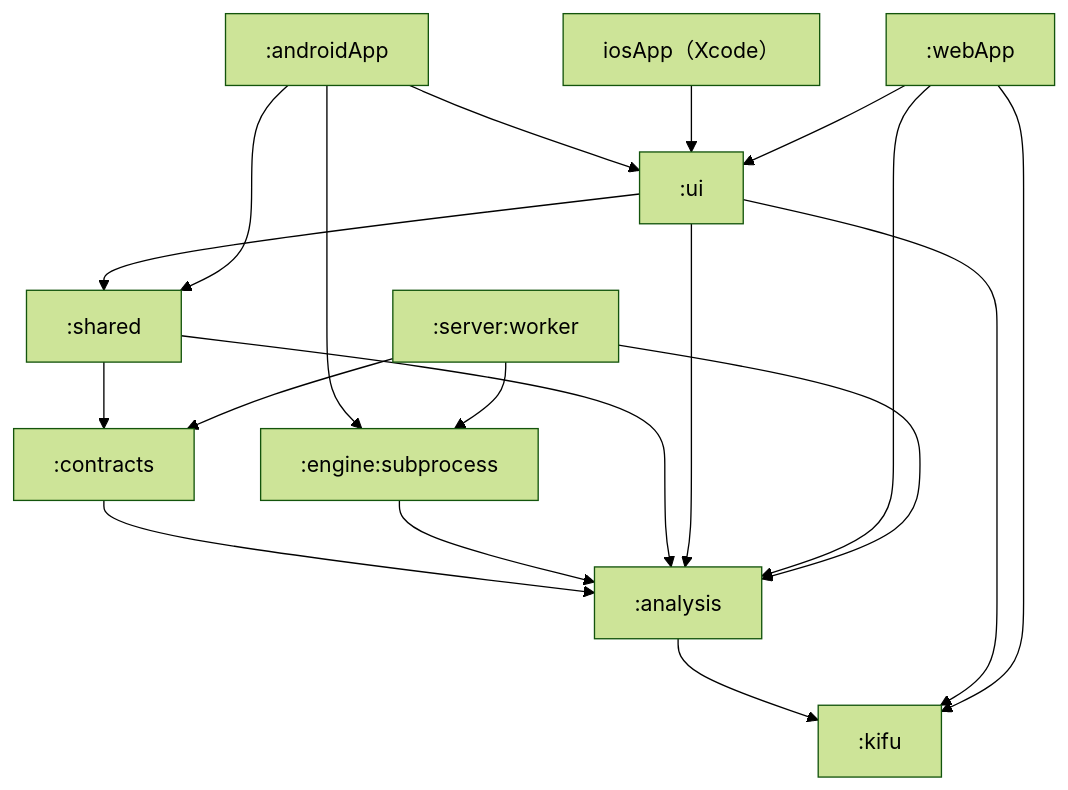
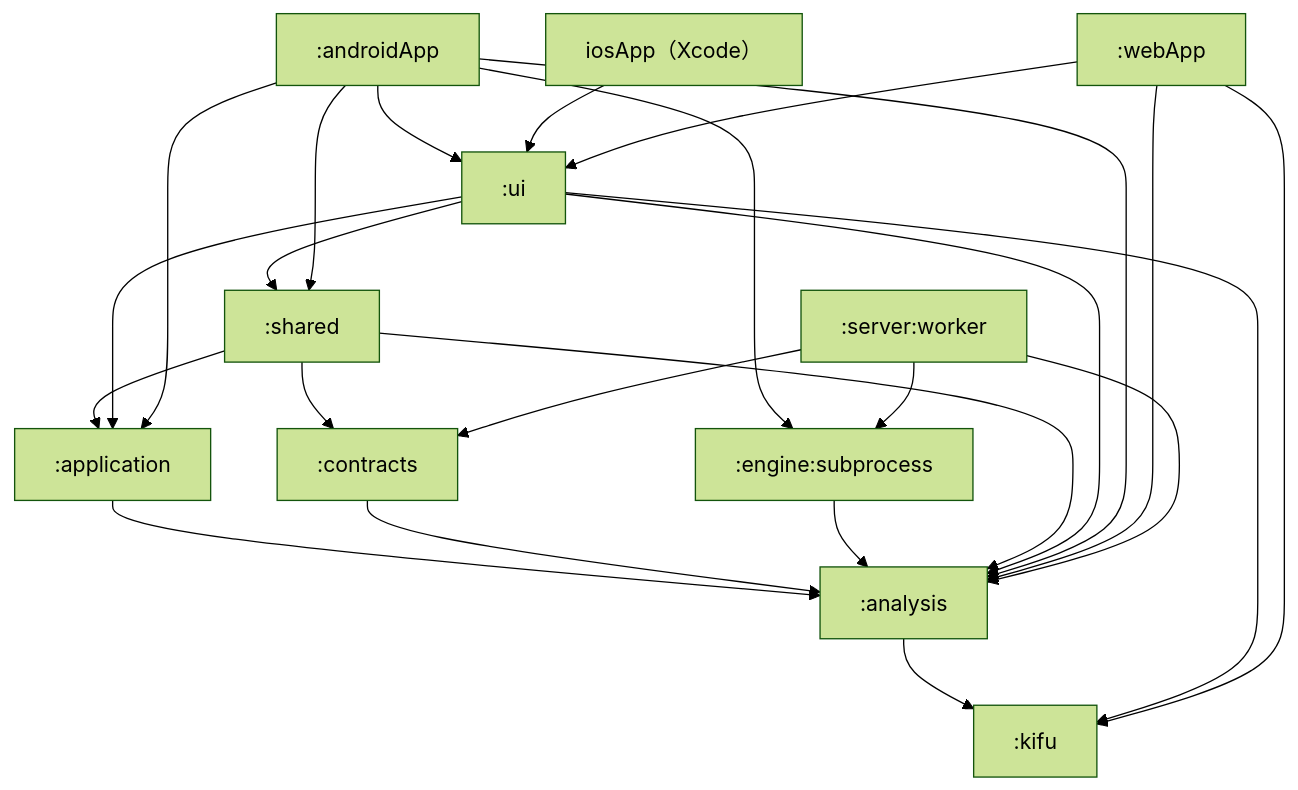
One commit to hmiyado/shogi-supplement changed the first of 2 diagrams in docs/app-architecture.md. Above: the diagram before and after it, drawn with Mermaid (forest theme). The commit also changed other lines of this file and 19 other files, not shown here.

````diff
--- a/docs/app-architecture.md
+++ b/docs/app-architecture.md
@@ -9,32 +9,38 @@
 ```mermaid
 flowchart TD
     kifu[":kifu"]
     analysis[":analysis"]
+    application[":application"]
     contracts[":contracts"]
     subprocess[":engine:subprocess"]
     shared[":shared"]
     ui[":ui"]
     android[":androidApp"]
     ios["iosApp（Xcode）"]
     web[":webApp"]
     worker[":server:worker"]
 
     analysis --> kifu
+    application --> analysis
     contracts --> analysis
     subprocess --> analysis
     shared --> analysis
+    shared --> application
     shared --> contracts
     ui --> analysis
+    ui --> application
     ui --> kifu
     ui --> shared
     android --> ui
+    android --> analysis
+    android --> application
     android --> shared
     android --> subprocess
     ios --> ui
     web --> ui
     web --> analysis
     web --> kifu
     worker --> contracts
     worker --> analysis
     worker --> subprocess
 ```
````
